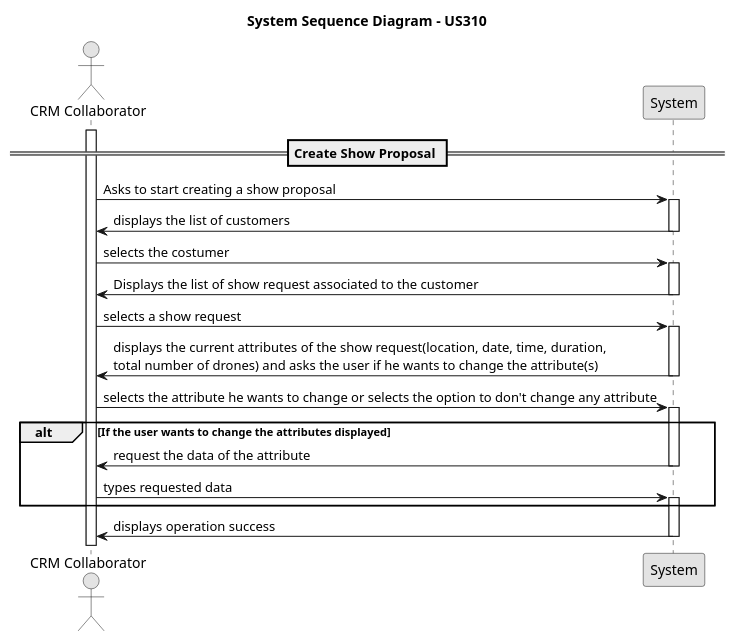
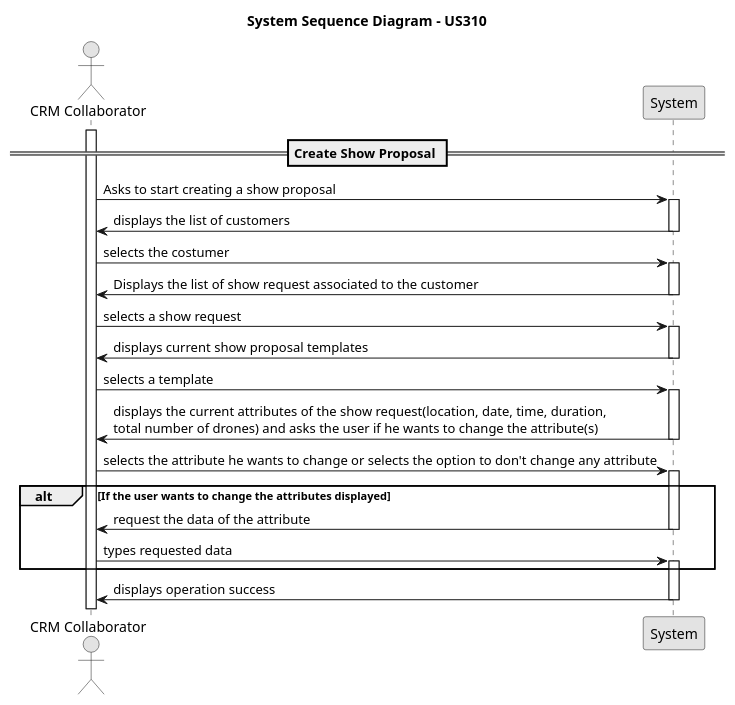
The diagram in docs/Sprint3/us_310/diagrams/system-sequence-diagram-US310.puml (rubenFreitas1/ISEP-LAPR4-2024-2025), drawn with PlantUML before and after one commit. The commit also changed 3 other files, not shown here.

```diff
--- a/docs/Sprint3/us_310/diagrams/system-sequence-diagram-US310.puml
+++ b/docs/Sprint3/us_310/diagrams/system-sequence-diagram-US310.puml
@@ -1,46 +1,52 @@
 @startuml
 skinparam monochrome true
 skinparam packageStyle rectangle
 skinparam shadowing false
 
 actor "CRM Collaborator" as crmCollaborator
 participant "System" as system
 
 title System Sequence Diagram - US310
 
 == Create Show Proposal ==
 activate crmCollaborator
 
     crmCollaborator -> system : Asks to start creating a show proposal
     activate system
 
         system -> crmCollaborator : displays the list of customers
     deactivate system
 
     crmCollaborator -> system : selects the costumer
     activate system
 
         system -> crmCollaborator : Displays the list of show request associated to the customer
     deactivate system
 
     crmCollaborator -> system : selects a show request
     activate system
 
+        system -> crmCollaborator : displays current show proposal templates
+    deactivate system
+
+    crmCollaborator -> system : selects a template
+    activate system
+
          system -> crmCollaborator : displays the current attributes of the show request(location, date, time, duration, \ntotal number of drones) and asks the user if he wants to change the attribute(s)
     deactivate system
 
     crmCollaborator -> system : selects the attribute he wants to change or selects the option to don't change any attribute
     alt If the user wants to change the attributes displayed
     activate system
 
          system -> crmCollaborator : request the data of the attribute
     deactivate system
 
     crmCollaborator -> system : types requested data
     activate system
 
         end
         system -> crmCollaborator :  displays operation success
     deactivate system
 
 @enduml
```
